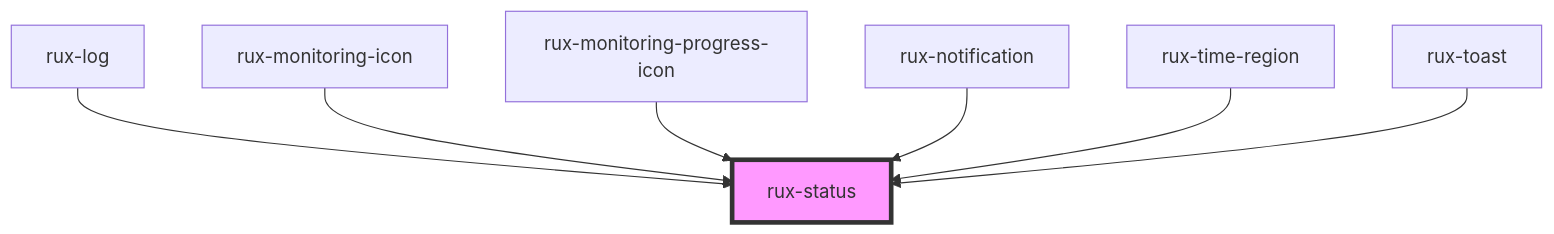
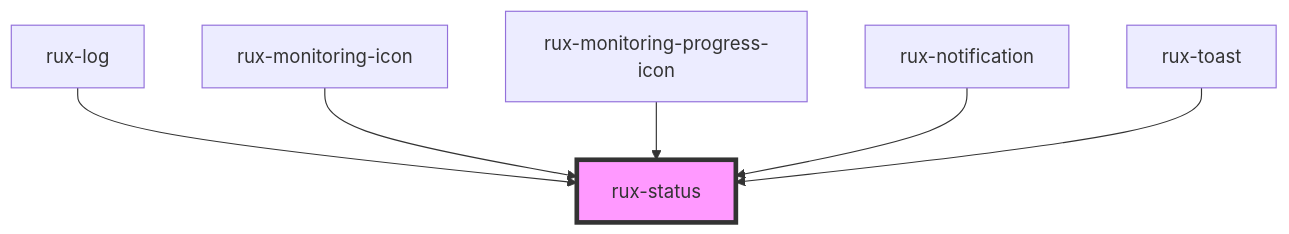
The diagram in packages/web-components/src/components/rux-status/readme.md (RocketCommunicationsInc/astro), drawn with Mermaid before and after one commit. The commit also changed other lines of this file and 79 other files, not shown here.

````diff
--- a/packages/web-components/src/components/rux-status/readme.md
+++ b/packages/web-components/src/components/rux-status/readme.md
@@ -32,10 +31,9 @@
 ```mermaid
 graph TD;
   rux-log --> rux-status
   rux-monitoring-icon --> rux-status
   rux-monitoring-progress-icon --> rux-status
   rux-notification --> rux-status
-  rux-time-region --> rux-status
   rux-toast --> rux-status
   style rux-status fill:#f9f,stroke:#333,stroke-width:4px
 ```
````
